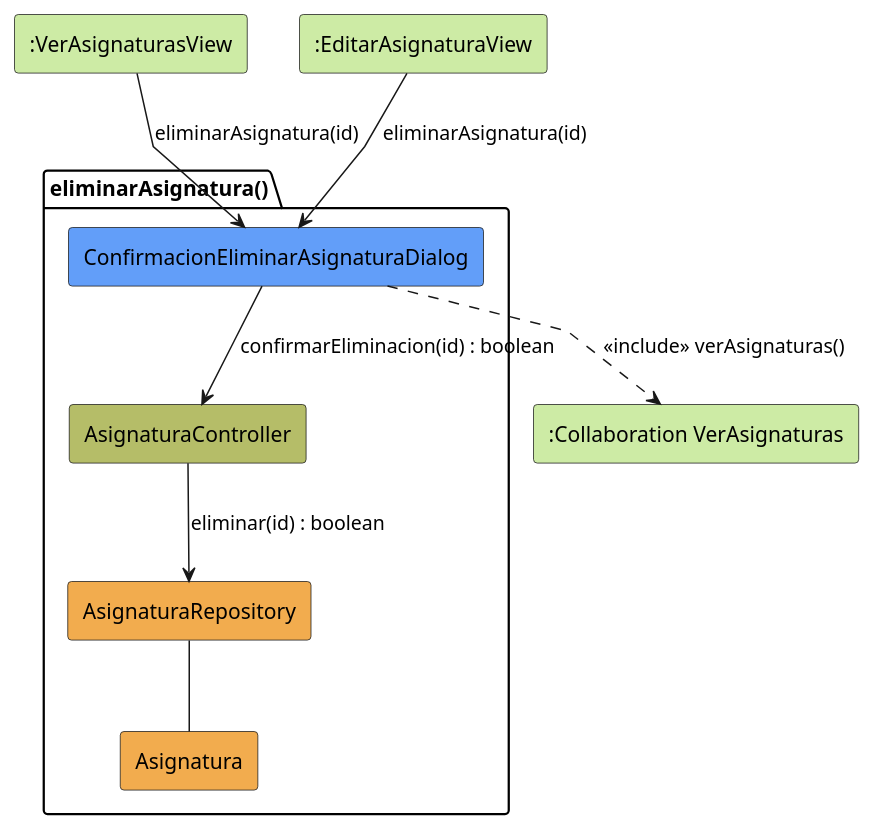
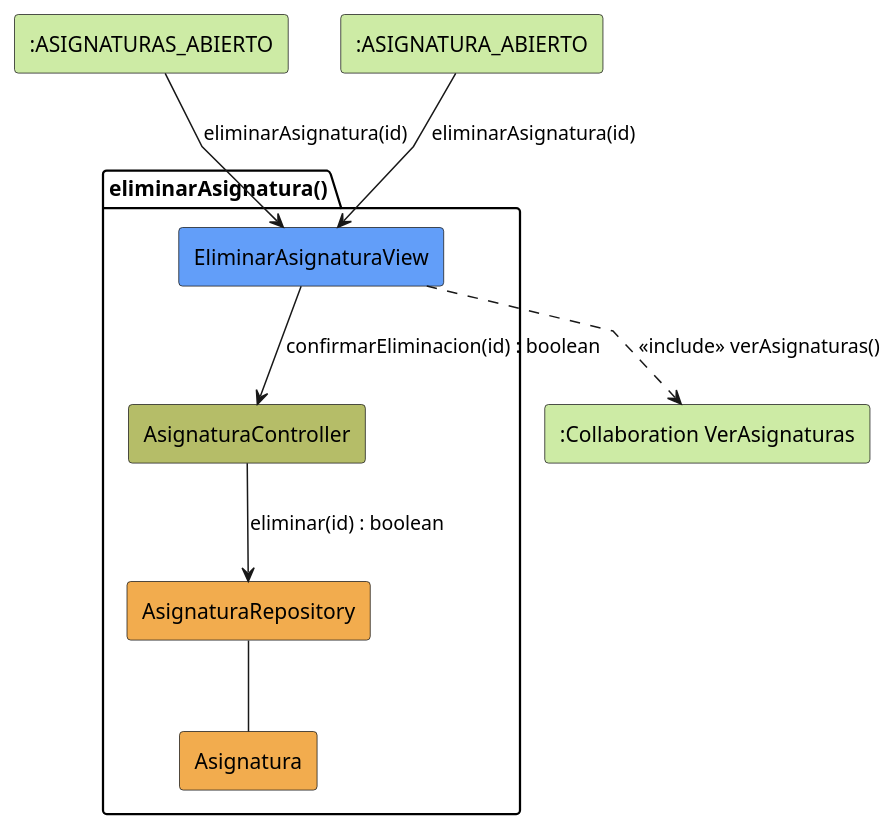
Before and after one commit to Pareyor/25-26-idsw2-sdVC: the diagram in modelosUML/analisis/eliminarAsignatura/colaboracion.puml, drawn with PlantUML. The commit also changed 3 other files, not shown here.

Commit message:
fix: corrige fallo en las relaciones de eliminarAsignatura

```diff
--- a/modelosUML/analisis/eliminarAsignatura/colaboracion.puml
+++ b/modelosUML/analisis/eliminarAsignatura/colaboracion.puml
@@ -1,26 +1,26 @@
 @startuml eliminarAsignatura-analisis
 skinparam linetype polyline
 
-rectangle #CDEBA5 ":VerAsignaturasView" as VerAsignaturasView
-rectangle #CDEBA5 ":EditarAsignaturaView" as EditarAsignaturaView
+rectangle #CDEBA5 ":ASIGNATURAS_ABIERTO" as AsignaturasAbierto
+rectangle #CDEBA5 ":ASIGNATURA_ABIERTO" as AsignaturaAbierto
 rectangle #CDEBA5 ":Collaboration VerAsignaturas" as CollaborationVerAsignaturas
 
 package eliminarAsignatura as "eliminarAsignatura()" {
-    rectangle #629EF9 ConfirmacionEliminarAsignaturaDialog
+    rectangle #629EF9 EliminarAsignaturaView
     rectangle #b5bd68 AsignaturaController
     rectangle #F2AC4E AsignaturaRepository
     rectangle #F2AC4E Asignatura
 }
 
-VerAsignaturasView --> ConfirmacionEliminarAsignaturaDialog: eliminarAsignatura(id)
-EditarAsignaturaView --> ConfirmacionEliminarAsignaturaDialog: eliminarAsignatura(id)
+AsignaturasAbierto --> EliminarAsignaturaView: eliminarAsignatura(id)
+AsignaturaAbierto --> EliminarAsignaturaView: eliminarAsignatura(id)
 
-ConfirmacionEliminarAsignaturaDialog -d-> AsignaturaController: confirmarEliminacion(id) : boolean
+EliminarAsignaturaView -d-> AsignaturaController: confirmarEliminacion(id) : boolean
 
 AsignaturaController --> AsignaturaRepository: eliminar(id) : boolean
 
 AsignaturaRepository -- Asignatura
 
-ConfirmacionEliminarAsignaturaDialog ..> CollaborationVerAsignaturas: <<include>> verAsignaturas()
+EliminarAsignaturaView ..> CollaborationVerAsignaturas: <<include>> verAsignaturas()
 
 @enduml
```
